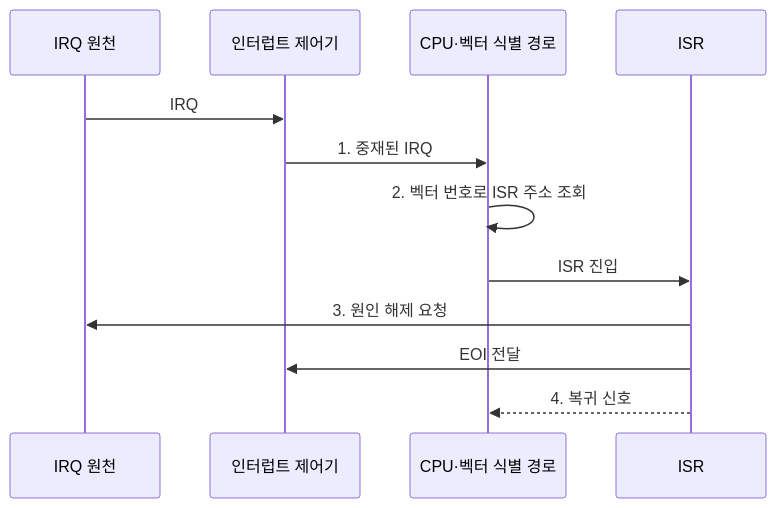
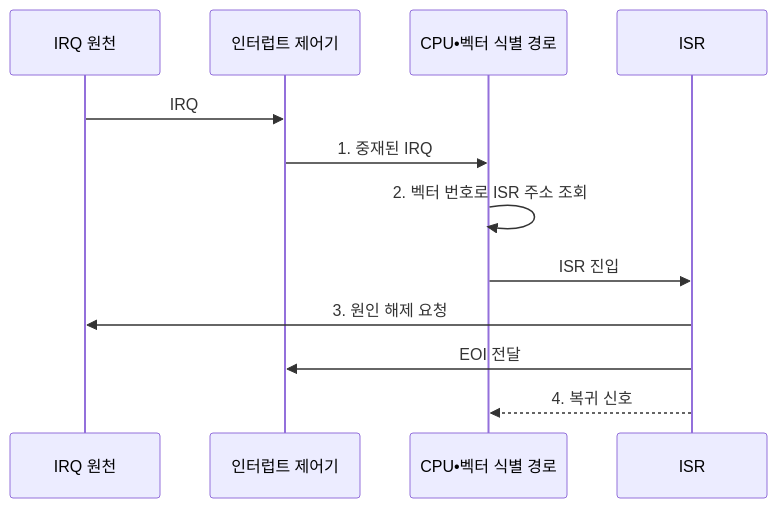
The second of 2 diagrams in src/content/docs/notes/02-hardware/034_interrupt_handling.md (agnusdei1207/knowledge-base), drawn with Mermaid before and after one commit. The commit also changed other lines of this file and 953 other files, not shown here.

````diff
--- a/src/content/docs/notes/02-hardware/034_interrupt_handling.md
+++ b/src/content/docs/notes/02-hardware/034_interrupt_handling.md
@@ -99,14 +99,14 @@
 ```mermaid
 sequenceDiagram
     participant D as IRQ 원천
     participant C as 인터럽트 제어기
-    participant P as CPU·벡터 식별 경로
+    participant P as CPU•벡터 식별 경로
     participant I as ISR
     D->>C: IRQ
     C->>P: 1. 중재된 IRQ
     P->>P: 2. 벡터 번호로 ISR 주소 조회
     P->>I: ISR 진입
     I->>D: 3. 원인 해제 요청
     I->>C: EOI 전달
     I-->>P: 4. 복귀 신호
 ```
````
